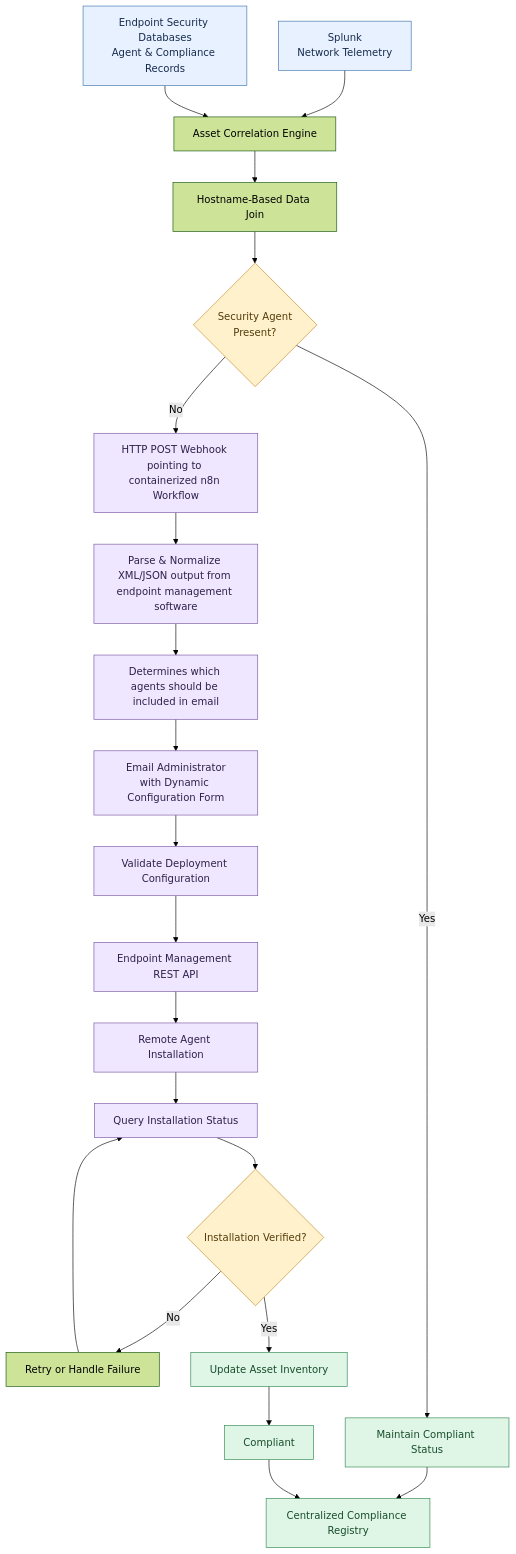
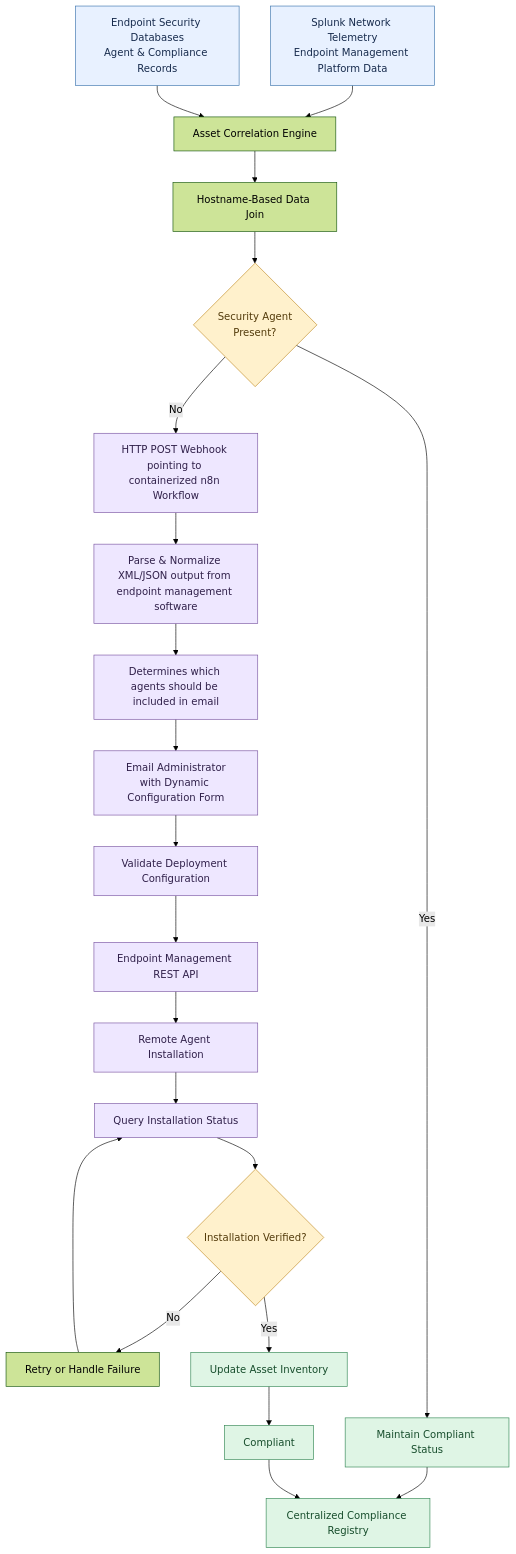
Before and after one commit to KaziHossain15/C2C-Pipeline: the first of 2 diagrams in README.md, drawn with Mermaid (forest theme).

Commit message:
Update Splunk Network Telemetry description in README

````diff
--- a/README.md
+++ b/README.md
@@ -22,41 +22,41 @@
 ```mermaid
 flowchart TD
-    A["Splunk<br/>Network Telemetry"] --> C["Asset Correlation Engine"]
+    A["Splunk Network Telemetry<br/>Endpoint Management Platform Data"] --> C["Asset Correlation Engine"]
     B["Endpoint Security Databases<br/>Agent & Compliance Records"] --> C
 
     C --> D["Hostname-Based Data Join"]
     D --> E{"Security Agent<br/>Present?"}
 
     E -->|Yes| F["Maintain Compliant Status"]
     E -->|No| G["HTTP POST Webhook pointing to containerized n8n Workflow"]
 
     G --> H["Parse & Normalize XML/JSON output from endpoint management software"]
     H --> I["Determines which agents should be included in email"]
     I --> J["Email Administrator<br/>with Dynamic Configuration Form"]
 
     J --> K["Validate Deployment Configuration"]
     K --> L["Endpoint Management REST API"]
     L --> M["Remote Agent Installation"]
 
     M --> N["Query Installation Status"]
     N --> O{"Installation Verified?"}
 
     O -->|No| P["Retry or Handle Failure"]
     P --> N
 
     O -->|Yes| Q["Update Asset Inventory"]
     Q --> R["Compliant"]
 
     F --> S["Centralized Compliance Registry"]
     R --> S
 
     classDef source fill:#e8f1ff,stroke:#3973ac,color:#172b4d
     classDef automation fill:#eee7ff,stroke:#7954a1,color:#30204a
     classDef decision fill:#fff1cc,stroke:#c08a22,color:#533b0b
     classDef success fill:#dff5e5,stroke:#318653,color:#174d2c
 
     class A,B source
     class G,H,I,J,K,L,M,N automation
     class E,O decision
     class F,Q,R,S success
 ```
````
